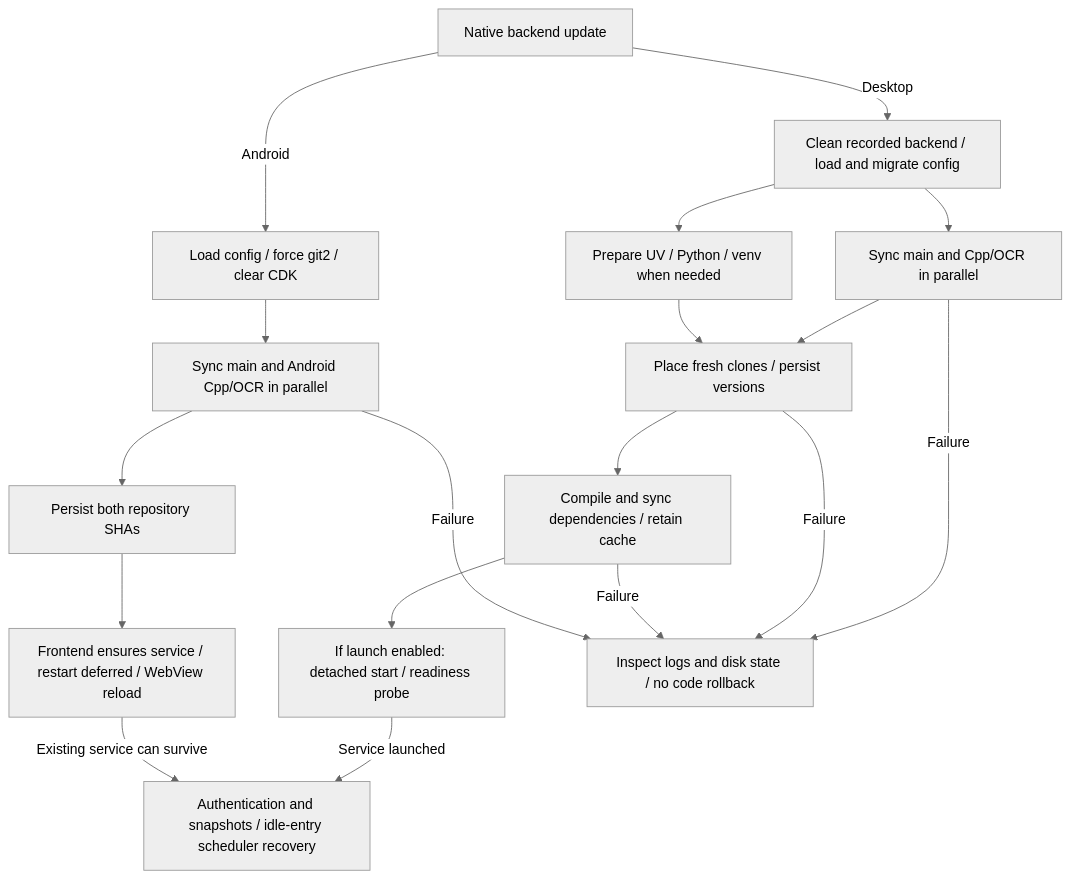
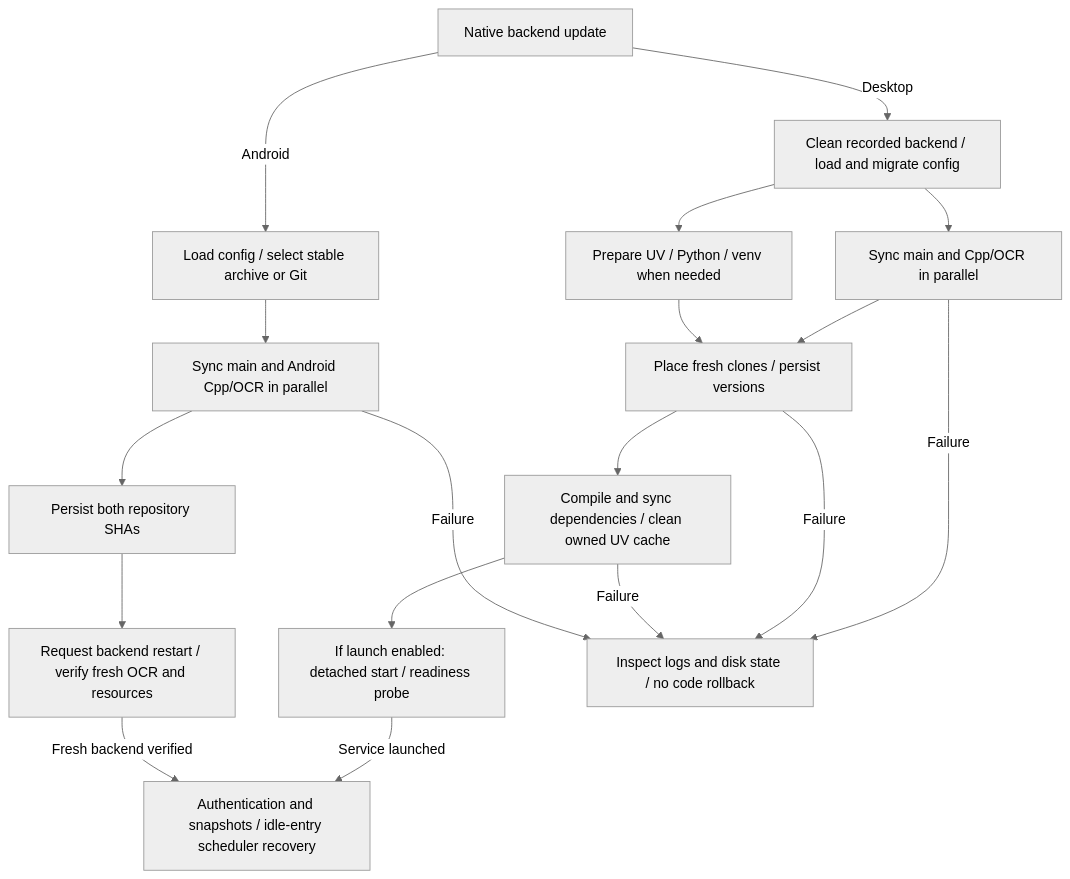
The diagram in docs/content/docs/en/reference/updater-internals.mdx (Kiramei/baas-tauri), drawn with Mermaid (neutral theme) before and after one commit. The commit also changed other lines of this file and 66 other files, not shown here.

````diff
--- a/docs/content/docs/en/reference/updater-internals.mdx
+++ b/docs/content/docs/en/reference/updater-internals.mdx
@@ -44,20 +44,20 @@
 ```mermaid
 flowchart TD
   Entry["Native backend update"] -->|"Desktop"| D["Clean recorded backend / load and migrate config"]
   D --> R["Sync main and Cpp/OCR in parallel"]
   D --> E["Prepare UV / Python / venv when needed"]
   R --> F["Place fresh clones / persist versions"]
   E --> F
-  F --> P["Compile and sync dependencies / retain cache"]
+  F --> P["Compile and sync dependencies / clean owned UV cache"]
   P --> L["If launch enabled: detached start / readiness probe"]
-  Entry -->|"Android"| A["Load config / force git2 / clear CDK"]
+  Entry -->|"Android"| A["Load config / select stable archive or Git"]
   A --> G["Sync main and Android Cpp/OCR in parallel"]
   G --> S["Persist both repository SHAs"]
-  S --> H["Frontend ensures service / restart deferred / WebView reload"]
+  S --> H["Request backend restart / verify fresh OCR and resources"]
   L -->|"Service launched"| C["Authentication and snapshots / idle-entry scheduler recovery"]
-  H -->|"Existing service can survive"| C
+  H -->|"Fresh backend verified"| C
   R -->|"Failure"| X["Inspect logs and disk state / no code rollback"]
   F -->|"Failure"| X
   P -->|"Failure"| X
   G -->|"Failure"| X
 ```
````
